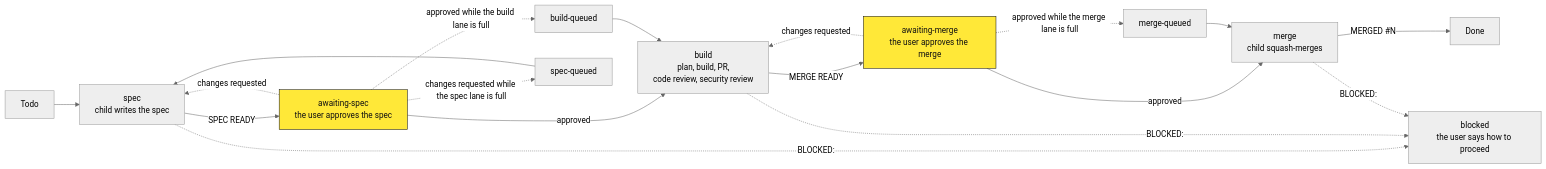
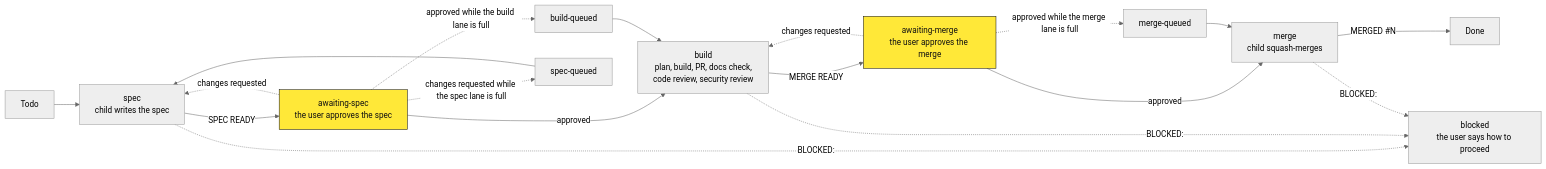
One commit to collective-wisdom-org/collective-wisdom changed the second of 2 diagrams in agent-team/docs/agents/org-chart.md. Above: the diagram before and after it, drawn with Mermaid (neutral theme). The commit also changed other lines of this file and 10 other files, not shown here.

````diff
--- a/agent-team/docs/agents/org-chart.md
+++ b/agent-team/docs/agents/org-chart.md
@@ -55,21 +57,21 @@
 ```mermaid
 flowchart LR
     Todo["Todo"] --> Spec["spec<br/>child writes the spec"]
     Spec -- "SPEC READY" --> AS["awaiting-spec<br/>the user approves the spec"]
-    AS -- "approved" --> Build["build<br/>plan, build, PR,<br/>code review, security review"]
+    AS -- "approved" --> Build["build<br/>plan, build, PR, docs check,<br/>code review, security review"]
     Build -- "MERGE READY" --> AM["awaiting-merge<br/>the user approves the merge"]
     AM -- "approved" --> Merge["merge<br/>child squash-merges"]
     AS -. "approved while the build lane is full" .-> BQ["build-queued"] --> Build
     AM -. "approved while the merge lane is full" .-> MQ["merge-queued"] --> Merge
     Merge -- "MERGED #35;N" --> Done["Done"]
 
     AS -. "changes requested" .-> Spec
     AS -. "changes requested while the spec lane is full" .-> SQ["spec-queued"] --> Spec
     AM -. "changes requested" .-> Build
     Spec -. "BLOCKED:" .-> Blocked["blocked<br/>the user says how to proceed"]
     Build -. "BLOCKED:" .-> Blocked
     Merge -. "BLOCKED:" .-> Blocked
 
     classDef gate fill:#ffe838,color:#0f0f11,stroke:#0f0f11
     class AS,AM gate
 ```
````
